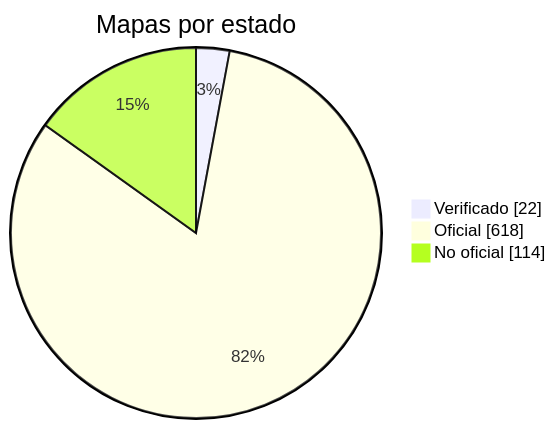
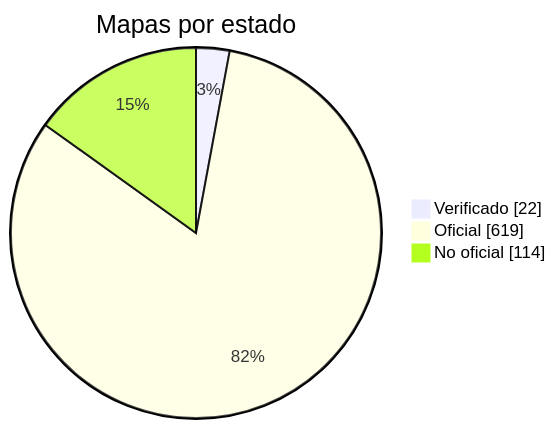
One commit to nobrega8/mbmap-library changed the diagram in docs/readme/README_ES.md. Above: the diagram before and after it, drawn with Mermaid. The commit also changed 6 other files, not shown here.

````diff
--- a/docs/readme/README_ES.md
+++ b/docs/readme/README_ES.md
@@ -54,7 +54,7 @@
 ```mermaid
 pie showData
     title Mapas por estado
     "Verificado" : 22
-    "Oficial" : 618
+    "Oficial" : 619
     "No oficial" : 114
 ```
````
